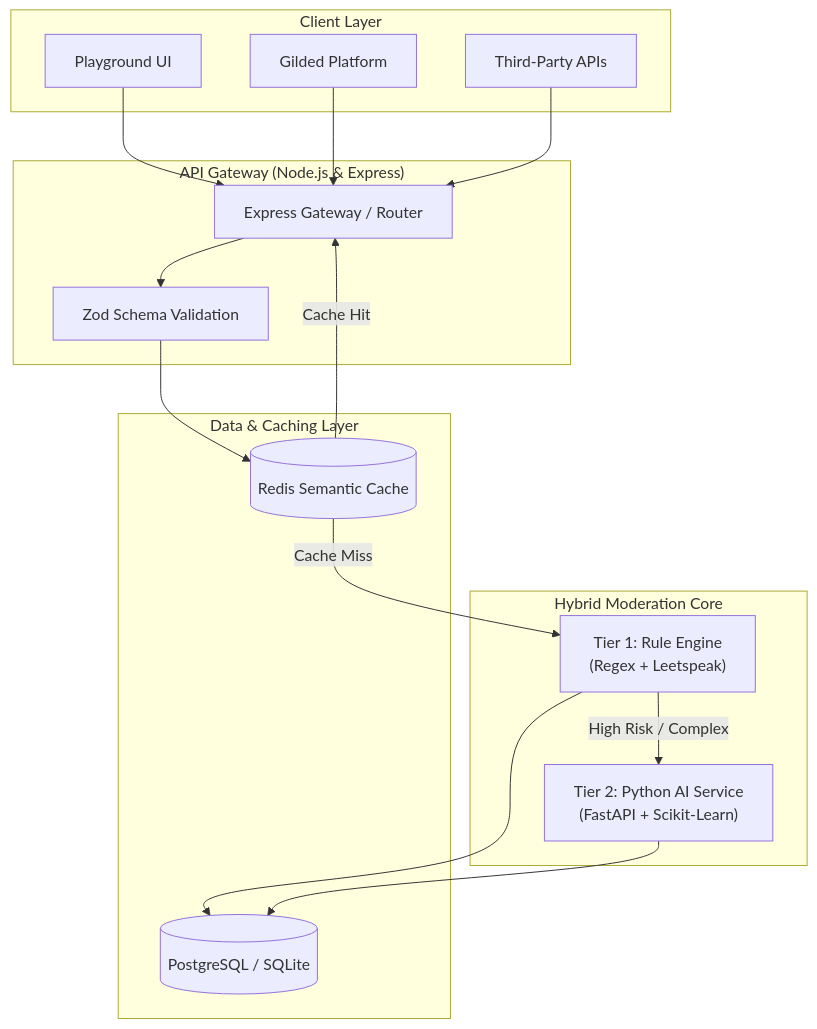
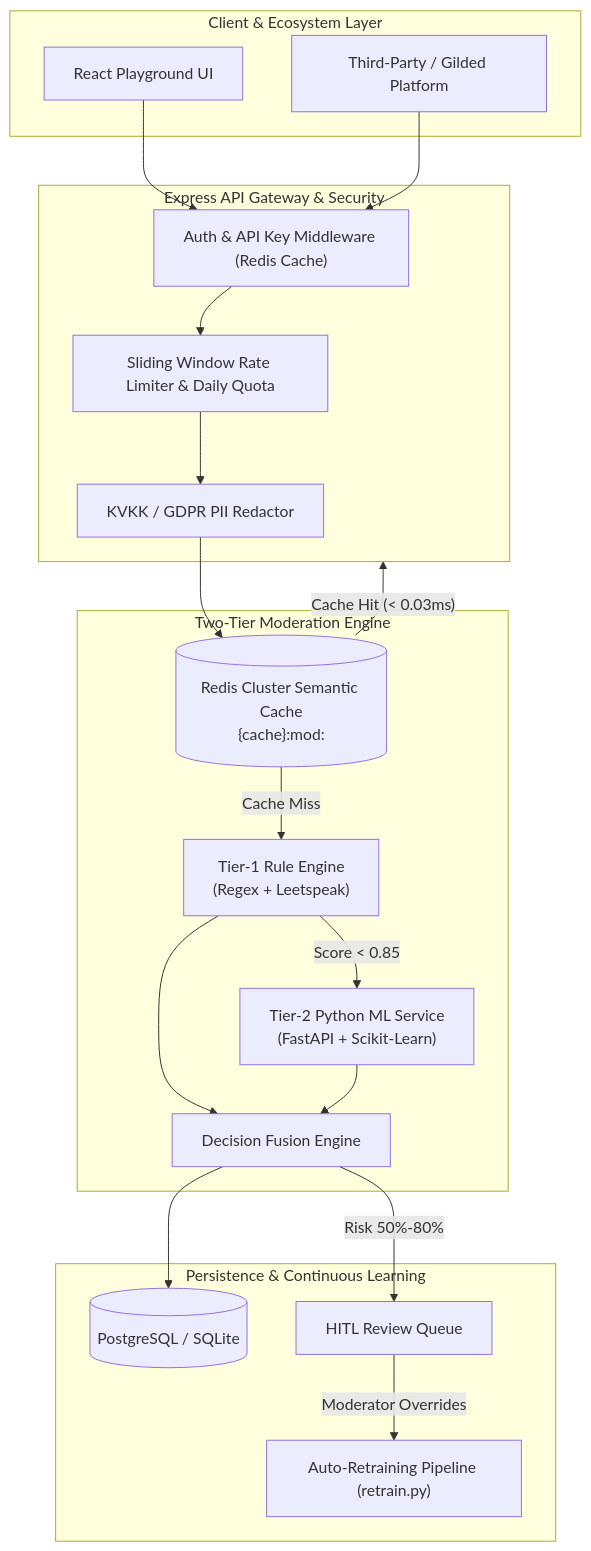
The diagram in README.md (Omerfaruk1609/KintsugiText), drawn with Mermaid before and after one commit. The commit also changed other lines of this file, not shown here.

````diff
--- a/README.md
+++ b/README.md
@@ -68,31 +63,38 @@
 ```mermaid
 flowchart TD
-    subgraph Clients["Client Layer"]
-        C1["Playground UI"]
-        C2["Gilded Platform"]
-        C3["Third-Party APIs"]
+    subgraph Clients["Client & Ecosystem Layer"]
+        UI["React Playground UI"]
+        API["Third-Party / Gilded Platform"]
     end
 
-    subgraph Gateway["API Gateway (Node.js & Express)"]
-        GW["Express Gateway / Router"]
-        ZOD["Zod Schema Validation"]
+    subgraph Gateway["Express API Gateway & Security"]
+        AUTH["Auth & API Key Middleware (Redis Cache)"]
+        QUOTA["Sliding Window Rate Limiter & Daily Quota"]
+        PII["KVKK / GDPR PII Redactor"]
     end
 
-    subgraph Moderation["Hybrid Moderation Core"]
-        T1["Tier 1: Rule Engine\n(Regex + Leetspeak)"]
-        T2["Tier 2: Python AI Service\n(FastAPI + Scikit-Learn)"]
+    subgraph CoreEngine["Two-Tier Moderation Engine"]
+        CACHE[("Redis Cluster Semantic Cache\n{cache}:mod:<hash>")]
+        T1["Tier-1 Rule Engine\n(Regex + Leetspeak)"]
+        T2["Tier-2 Python ML Service\n(FastAPI + Scikit-Learn)"]
+        FUSION["Decision Fusion Engine"]
     end
 
-    subgraph Storage["Data & Caching Layer"]
-        CACHE[("Redis Semantic Cache")]
+    subgraph Storage["Persistence & Continuous Learning"]
         DB[("PostgreSQL / SQLite")]
+        HITL["HITL Review Queue"]
+        RETRAIN["Auto-Retraining Pipeline (retrain.py)"]
     end
 
-    C1 & C2 & C3 --> GW
-    GW --> ZOD
-    ZOD --> CACHE
-    CACHE -- Cache Miss --> T1
-    T1 -- High Risk / Complex --> T2
-    T1 & T2 --> DB
-    CACHE -- Cache Hit --> GW
+    UI & API --> AUTH
+    AUTH --> QUOTA
+    QUOTA --> PII
+    PII --> CACHE
+    CACHE -- "Cache Hit (< 0.03ms)" --> Gateway
+    CACHE -- "Cache Miss" --> T1
+    T1 -- "Score < 0.85" --> T2
+    T1 & T2 --> FUSION
+    FUSION --> DB
+    FUSION -- "Risk 50%-80%" --> HITL
+    HITL -- "Moderator Overrides" --> RETRAIN
 ```
````
